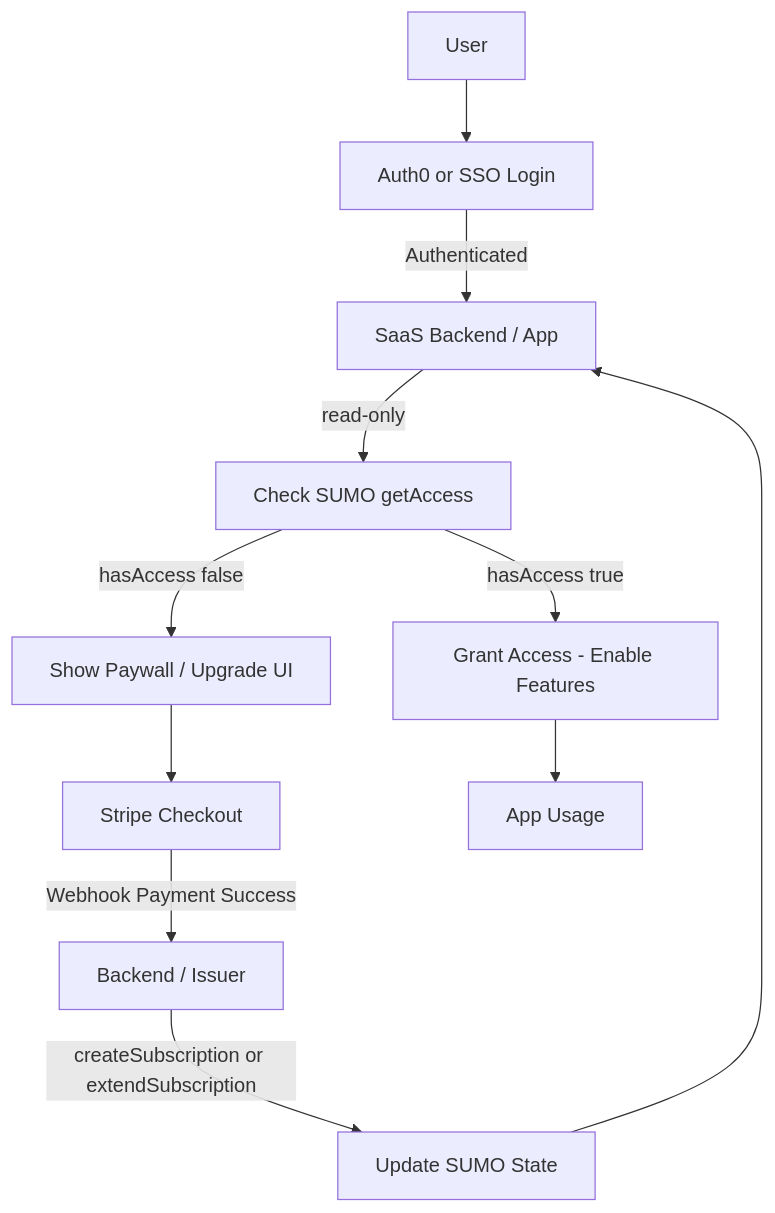
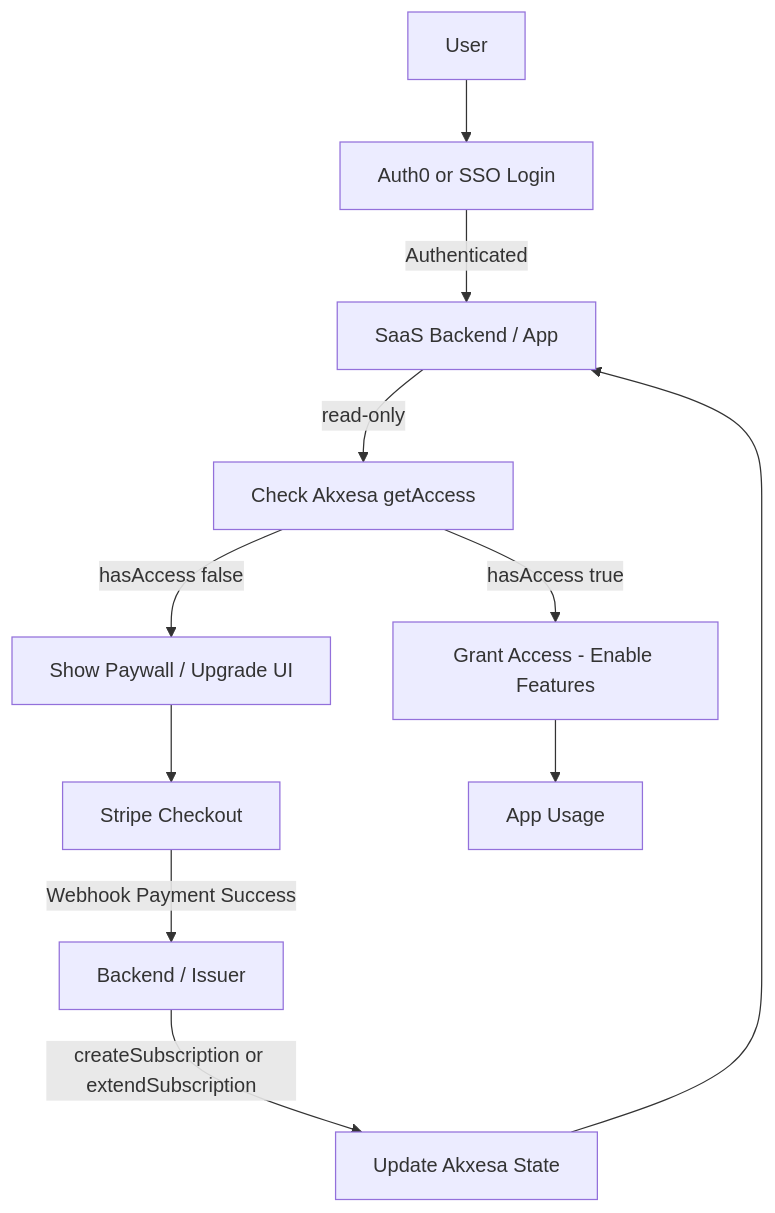
Before and after one commit to ultracoconut/SUMO: the diagram in docs/diagrams/saas-integration-flow.md, drawn with Mermaid.

Commit message:
Update saas-integration-flow.md
update with new branding Akxesa

````diff
--- a/docs/diagrams/saas-integration-flow.md
+++ b/docs/diagrams/saas-integration-flow.md
@@ -1,21 +1,21 @@
 ```mermaid
 flowchart TD
     U[User] --> A[Auth0 or SSO Login]
 
     A -->|Authenticated| B[SaaS Backend / App]
 
-    B -->|read-only| C[Check SUMO getAccess]
+    B -->|read-only| C[Check Akxesa getAccess]
 
     C -->|hasAccess true| D[Grant Access - Enable Features]
     C -->|hasAccess false| E[Show Paywall / Upgrade UI]
 
     E --> F[Stripe Checkout]
     F -->|Webhook Payment Success| G[Backend / Issuer]
 
-    G -->|createSubscription or extendSubscription| H[Update SUMO State]
+    G -->|createSubscription or extendSubscription| H[Update Akxesa State]
 
     H --> B
     D --> I[App Usage]
 
 
 ```
````
